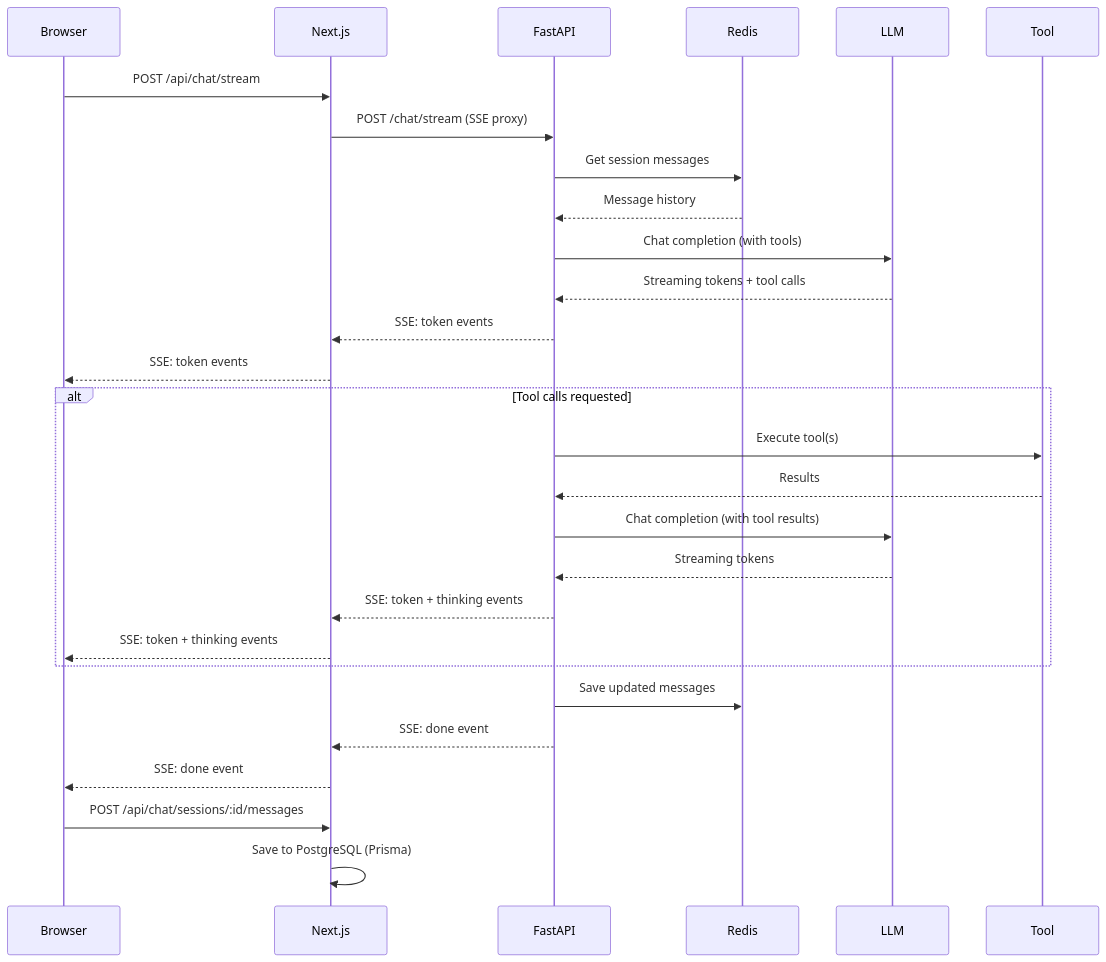
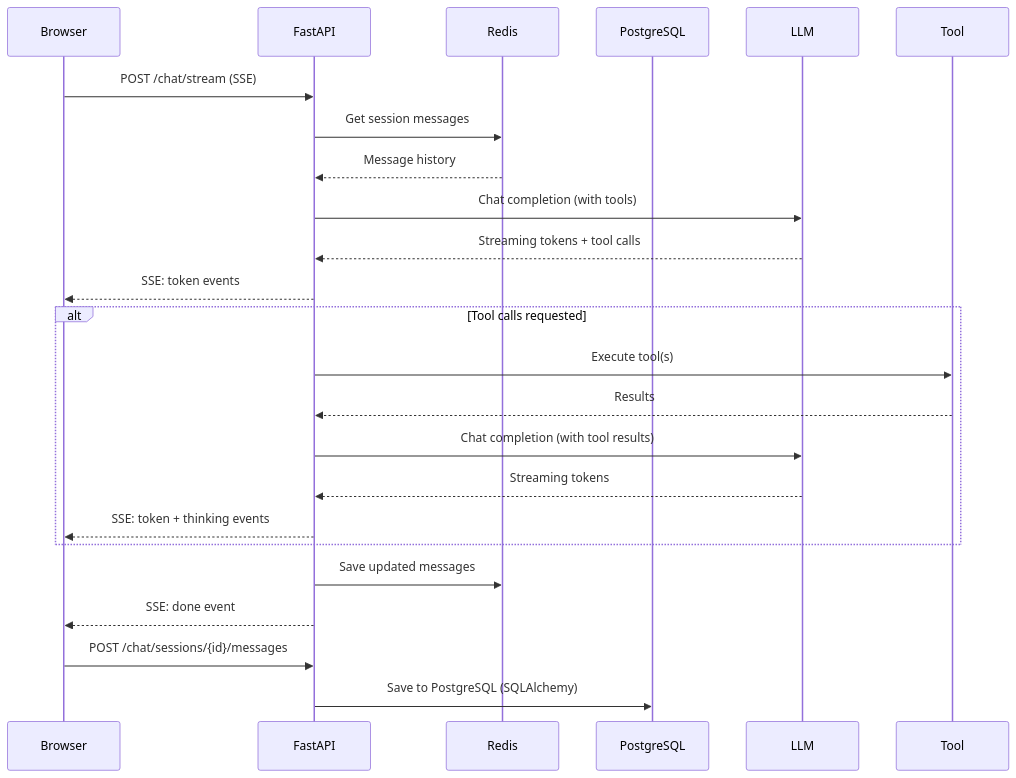
Before and after one commit to Pragadeesh122/AgenticRag: the third of 3 diagrams in docs/architecture/overview.md, drawn with Mermaid. The commit also changed other lines of this file and 6 other files, not shown here.

Commit message:
updated architecture docs

````diff
--- a/docs/architecture/overview.md
+++ b/docs/architecture/overview.md
@@ -112,33 +119,29 @@
 ```mermaid
 sequenceDiagram
     participant B as Browser
-    participant N as Next.js
     participant F as FastAPI
     participant R as Redis
+    participant PG as PostgreSQL
     participant L as LLM
     participant T as Tool
 
-    B->>N: POST /api/chat/stream
-    N->>F: POST /chat/stream (SSE proxy)
+    B->>F: POST /chat/stream (SSE)
     F->>R: Get session messages
     R-->>F: Message history
     F->>L: Chat completion (with tools)
     L-->>F: Streaming tokens + tool calls
-    F-->>N: SSE: token events
-    N-->>B: SSE: token events
+    F-->>B: SSE: token events
 
     alt Tool calls requested
         F->>T: Execute tool(s)
         T-->>F: Results
         F->>L: Chat completion (with tool results)
         L-->>F: Streaming tokens
-        F-->>N: SSE: token + thinking events
-        N-->>B: SSE: token + thinking events
+        F-->>B: SSE: token + thinking events
     end
 
     F->>R: Save updated messages
-    F-->>N: SSE: done event
-    N-->>B: SSE: done event
-    B->>N: POST /api/chat/sessions/:id/messages
-    N->>N: Save to PostgreSQL (Prisma)
+    F-->>B: SSE: done event
+    B->>F: POST /chat/sessions/{id}/messages
+    F->>PG: Save to PostgreSQL (SQLAlchemy)
 ```
````
